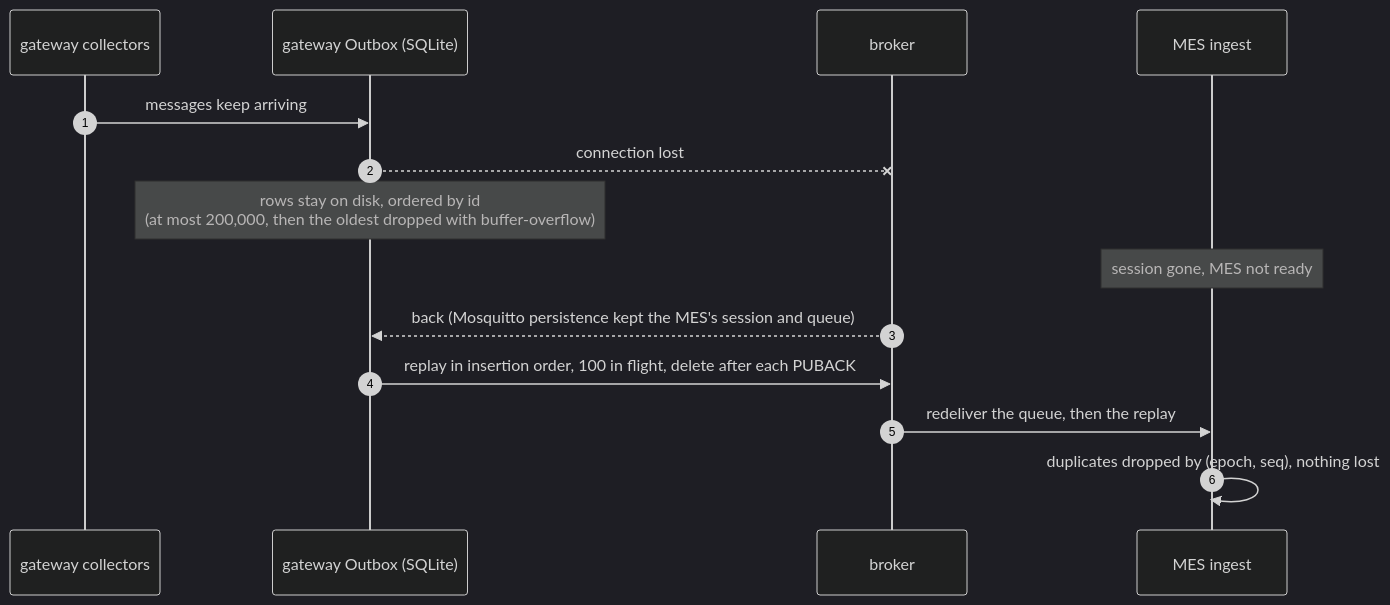
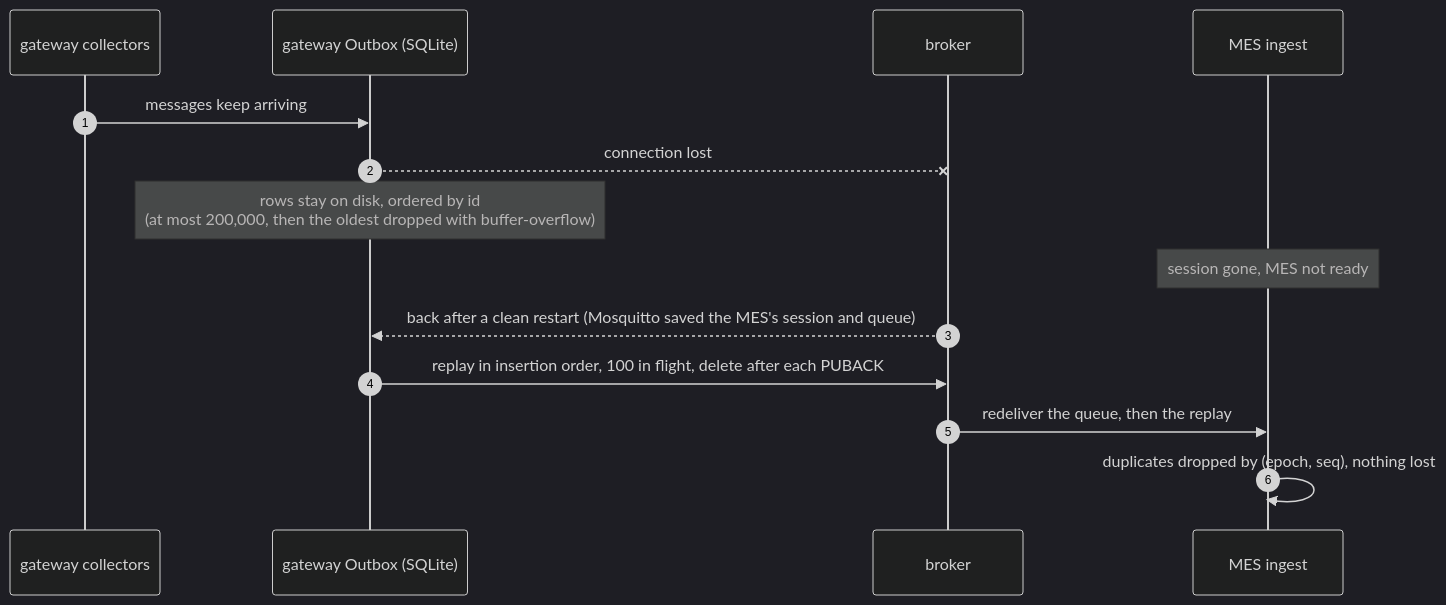
One commit to kubilayture/shopfloor-twin changed diagram 17 of 19 in docs/architecture.md. Above: the diagram before and after it, drawn with Mermaid (dark theme). The commit also changed other lines of this file and 3 other files, not shown here.

First line of the commit message:
fix(architecture): review of PR #293: loss claims, workspace, overlays (P10-05)

````diff
--- a/docs/architecture.md
+++ b/docs/architecture.md
@@ -595,16 +598,16 @@
 ```mermaid
 sequenceDiagram
     autonumber
     participant c as gateway collectors
     participant o as gateway Outbox (SQLite)
     participant svc_broker as broker
     participant mod_ingest as MES ingest
     c->>o: messages keep arriving
     o--xsvc_broker: connection lost
     Note over o: rows stay on disk, ordered by id<br/>(at most 200,000, then the oldest dropped with buffer-overflow)
     Note over mod_ingest: session gone, MES not ready
-    svc_broker-->>o: back (Mosquitto persistence kept the MES's session and queue)
+    svc_broker-->>o: back after a clean restart (Mosquitto saved the MES's session and queue)
     o->>svc_broker: replay in insertion order, 100 in flight, delete after each PUBACK
     svc_broker->>mod_ingest: redeliver the queue, then the replay
     mod_ingest->>mod_ingest: duplicates dropped by (epoch, seq), nothing lost
 ```
````
